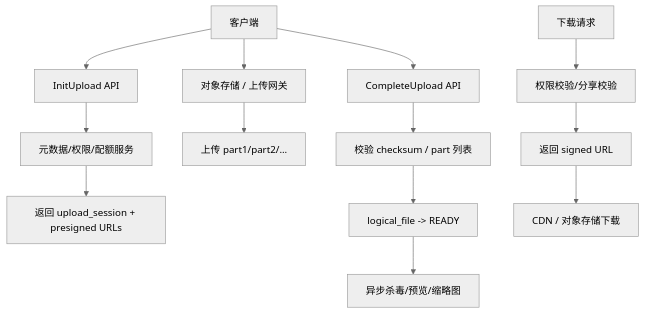
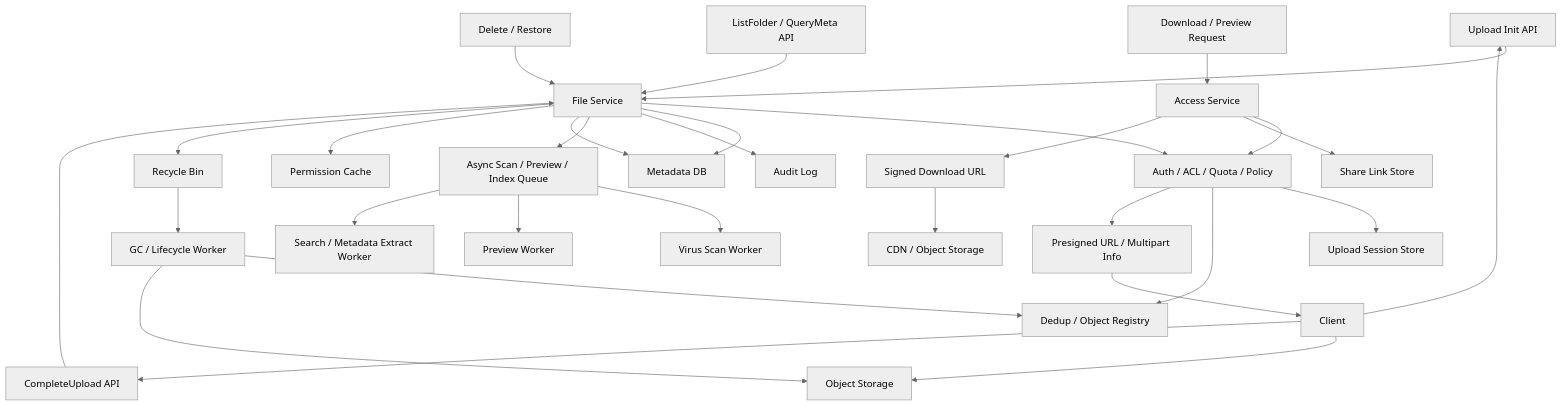
Before and after one commit to qxq1997/learning_stuff: the diagram in 系统设计/16_企业网盘系统真题模拟.md, drawn with Mermaid (neutral theme). The commit also changed other lines of this file and 11 other files, not shown here.

````diff
--- a/系统设计/16_企业网盘系统真题模拟.md
+++ b/系统设计/16_企业网盘系统真题模拟.md
@@ -104,15 +883,37 @@
 ```mermaid
 flowchart TD
-    A["客户端"] --> B["InitUpload API"]
-    B --> C["元数据/权限/配额服务"]
-    C --> D["返回 upload_session + presigned URLs"]
-    A --> E["对象存储 / 上传网关"]
-    E --> F["上传 part1/part2/..."]
-    A --> G["CompleteUpload API"]
-    G --> H["校验 checksum / part 列表"]
-    H --> I["logical_file -> READY"]
-    I --> J["异步杀毒/预览/缩略图"]
-    K["下载请求"] --> L["权限校验/分享校验"]
-    L --> M["返回 signed URL"]
-    M --> N["CDN / 对象存储下载"]
+    A["Upload Init API"] --> B["File Service"]
+    B --> C["Auth / ACL / Quota / Policy"]
+    C --> D["Upload Session Store"]
+    C --> E["Dedup / Object Registry"]
+    C --> F["Presigned URL / Multipart Info"]
+
+    G["Client"] --> H["Object Storage"]
+    G --> A
+    F --> G
+    G --> I["CompleteUpload API"]
+    I --> B
+    B --> J["Metadata DB"]
+    B --> K["Audit Log"]
+    B --> L["Async Scan / Preview / Index Queue"]
+
+    L --> M["Virus Scan Worker"]
+    L --> N["Preview Worker"]
+    L --> O["Search / Metadata Extract Worker"]
+
+    P["ListFolder / QueryMeta API"] --> B
+    B --> J
+    B --> Q["Permission Cache"]
+
+    R["Download / Preview Request"] --> S["Access Service"]
+    S --> C
+    S --> T["Share Link Store"]
+    S --> U["Signed Download URL"]
+    U --> V["CDN / Object Storage"]
+
+    W["Delete / Restore"] --> B
+    B --> X["Recycle Bin"]
+    X --> Y["GC / Lifecycle Worker"]
+    Y --> E
+    Y --> H
 ```
````
